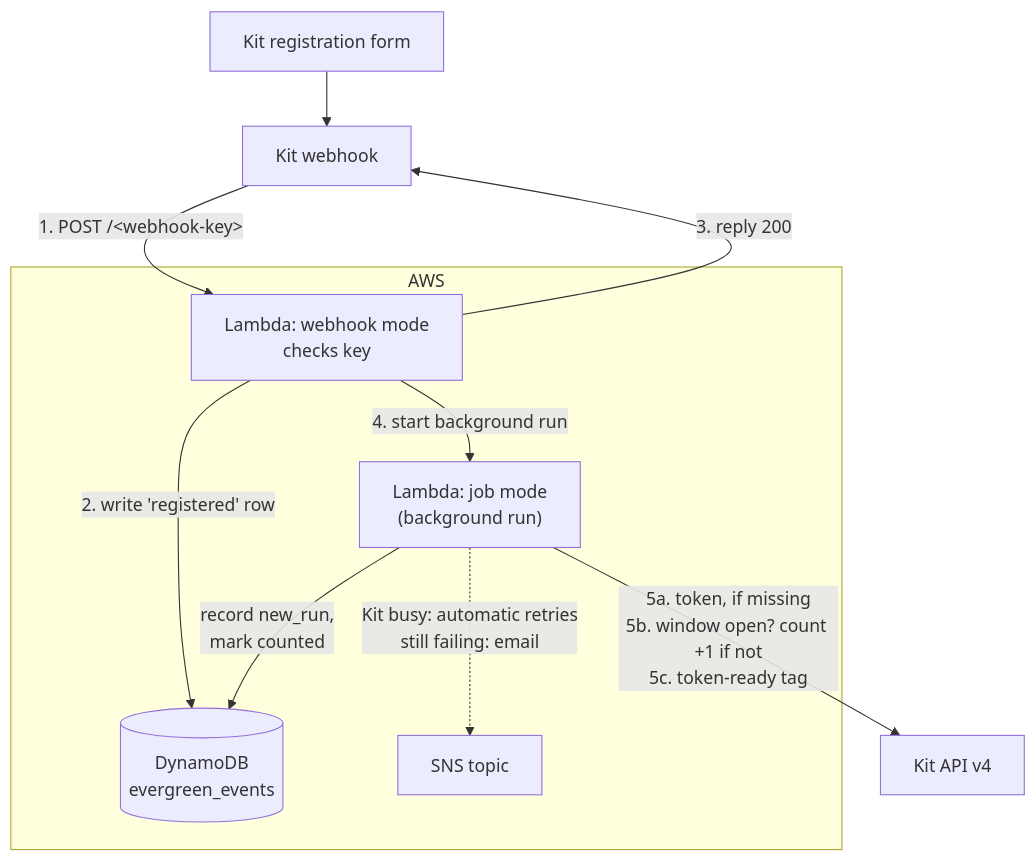
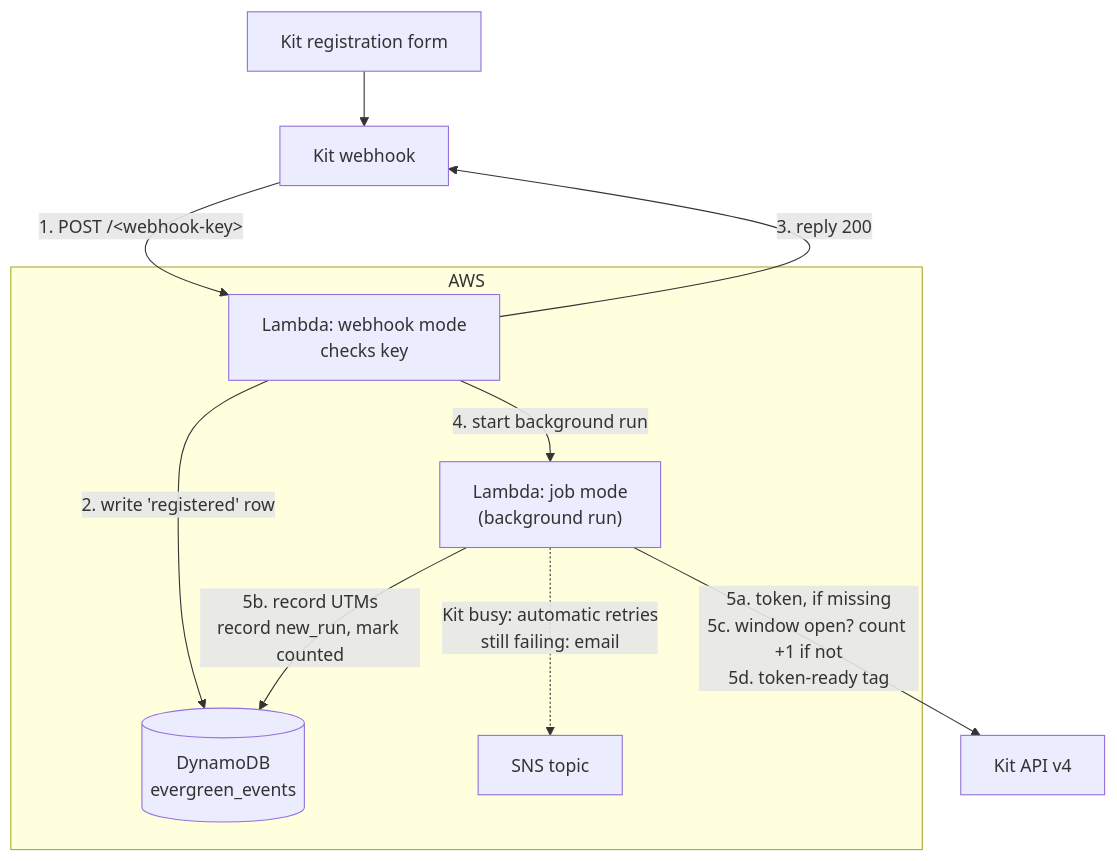
Before and after one commit to fire-crest/zki-lambda: the diagram in evergreen-sms-webinar-registration-python/README.md, drawn with Mermaid. The commit also changed other lines of this file and 9 other files, not shown here.

````diff
--- a/evergreen-sms-webinar-registration-python/README.md
+++ b/evergreen-sms-webinar-registration-python/README.md
@@ -6,17 +6,17 @@
 ```mermaid
 flowchart TD
     Form["Kit registration form"] --> Hook
     Hook["Kit webhook"] -->|"1. POST /&lt;webhook-key&gt;"| Fn
     subgraph AWS
         Fn["Lambda: webhook mode<br/>checks key"]
         Job["Lambda: job mode<br/>(background run)"]
         DB[("DynamoDB<br/>evergreen_events")]
         SNS["SNS topic"]
     end
     Fn -->|"2. write 'registered' row"| DB
     Fn -->|"3. reply 200"| Hook
     Fn -->|"4. start background run"| Job
-    Job -->|"5a. token, if missing<br/>5b. window open? count +1 if not<br/>5c. token-ready tag"| Kit["Kit API v4"]
-    Job -->|"record new_run,<br/>mark counted"| DB
+    Job -->|"5a. token, if missing<br/>5c. window open? count +1 if not<br/>5d. token-ready tag"| Kit["Kit API v4"]
+    Job -->|"5b. record UTMs<br/>record new_run, mark counted"| DB
     Job -. "Kit busy: automatic retries<br/>still failing: email" .-> SNS
 ```
````
